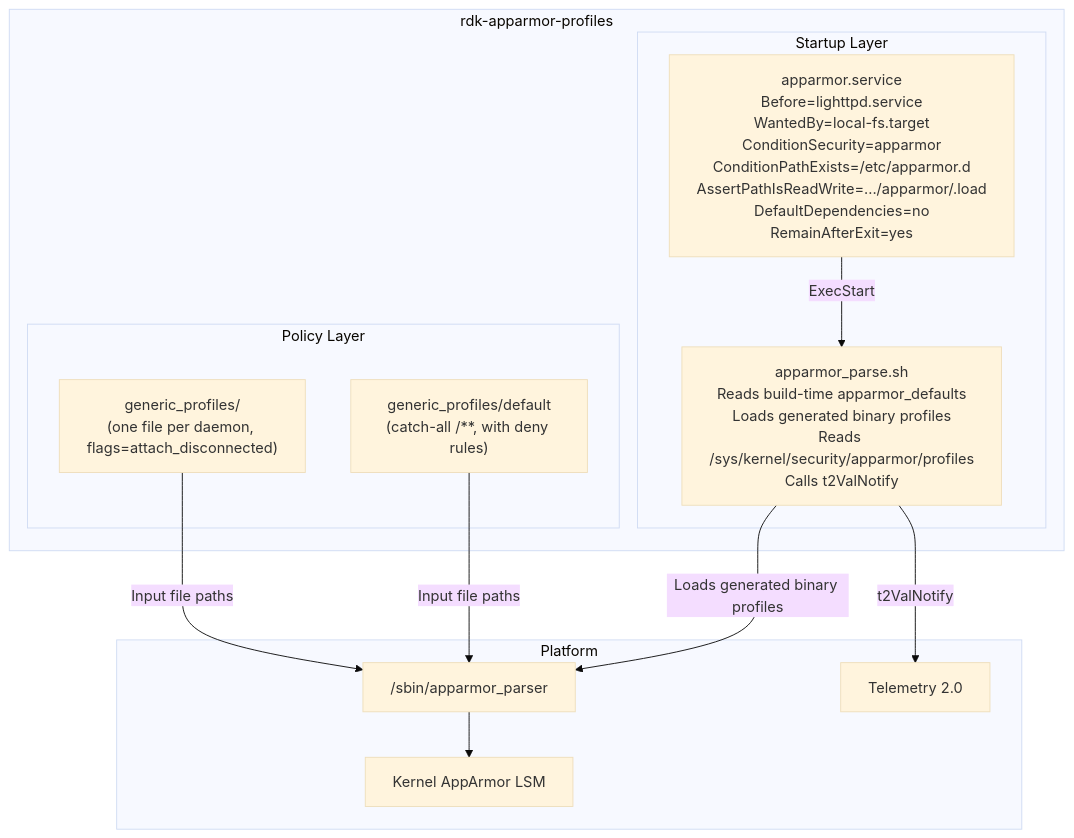
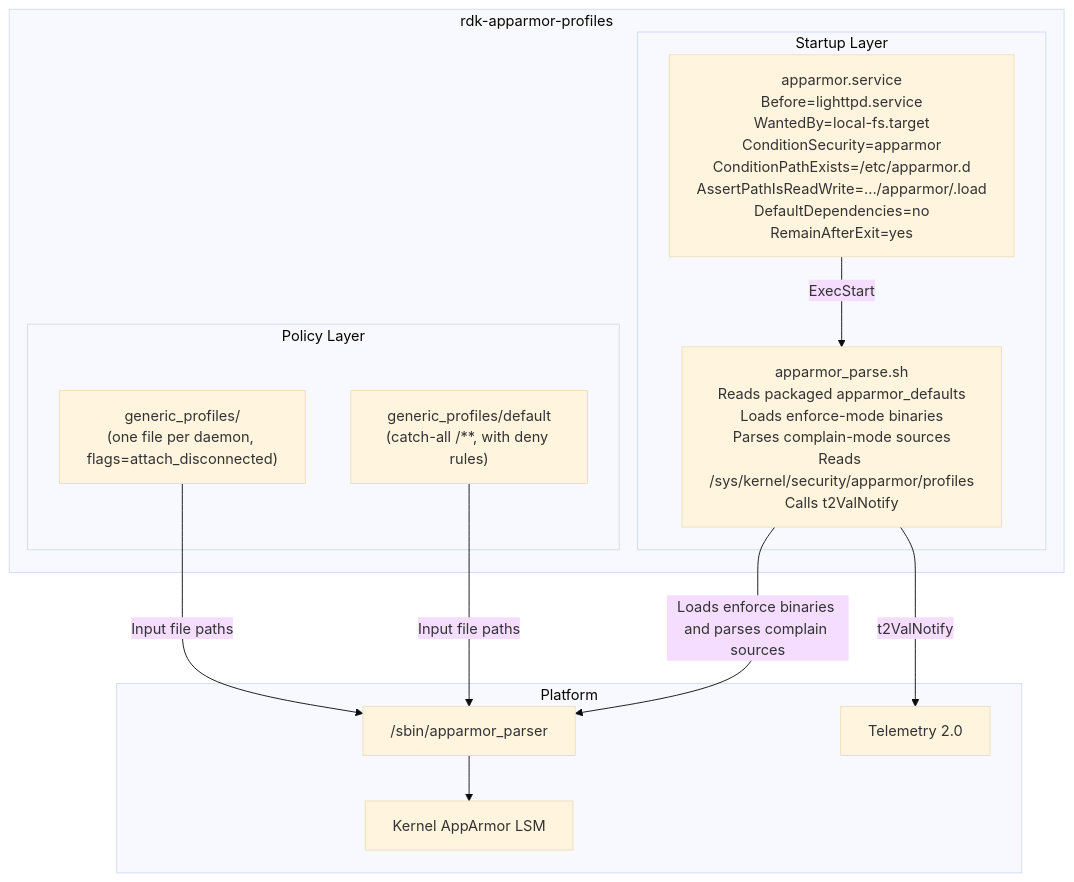
The third of 8 diagrams in README.md (rdkcentral/rdk-apparmor-profiles), drawn with Mermaid (base theme) before and after one commit. The commit also changed other lines of this file, not shown here.

````diff
--- a/README.md
+++ b/README.md
@@ -111,26 +111,26 @@
 ```mermaid
 graph TD
     subgraph ComponentBoundary ["rdk-apparmor-profiles"]
         subgraph StartupLayer ["Startup Layer"]
             SVC["apparmor.service\nBefore=lighttpd.service\nWantedBy=local-fs.target\nConditionSecurity=apparmor\nConditionPathExists=/etc/apparmor.d\nAssertPathIsReadWrite=.../apparmor/.load\nDefaultDependencies=no\nRemainAfterExit=yes"]
-            SH["apparmor_parse.sh\nReads build-time apparmor_defaults\nLoads generated binary profiles\nReads /sys/kernel/security/apparmor/profiles\nCalls t2ValNotify"]
+            SH["apparmor_parse.sh\nReads packaged apparmor_defaults\nLoads enforce-mode binaries\nParses complain-mode sources\nReads /sys/kernel/security/apparmor/profiles\nCalls t2ValNotify"]
         end
         subgraph PolicyLayer ["Policy Layer"]
             PROFILES["generic_profiles/\n(one file per daemon, flags=attach_disconnected)"]
             DEFAULT_PROF["generic_profiles/default\n(catch-all /**, with deny rules)"]
         end
     end
 
     subgraph PlatformLayer ["Platform"]
         PARSER["/sbin/apparmor_parser"]
         KERNEL["Kernel AppArmor LSM"]
         T2["Telemetry 2.0"]
     end
 
     SVC -->|ExecStart| SH
-    SH -->|"Loads generated binary profiles"| PARSER
+    SH -->|"Loads enforce binaries and parses complain sources"| PARSER
     PROFILES -->|"Input file paths"| PARSER
     DEFAULT_PROF -->|"Input file paths"| PARSER
     PARSER --> KERNEL
     SH -->|t2ValNotify| T2
 ```
````
